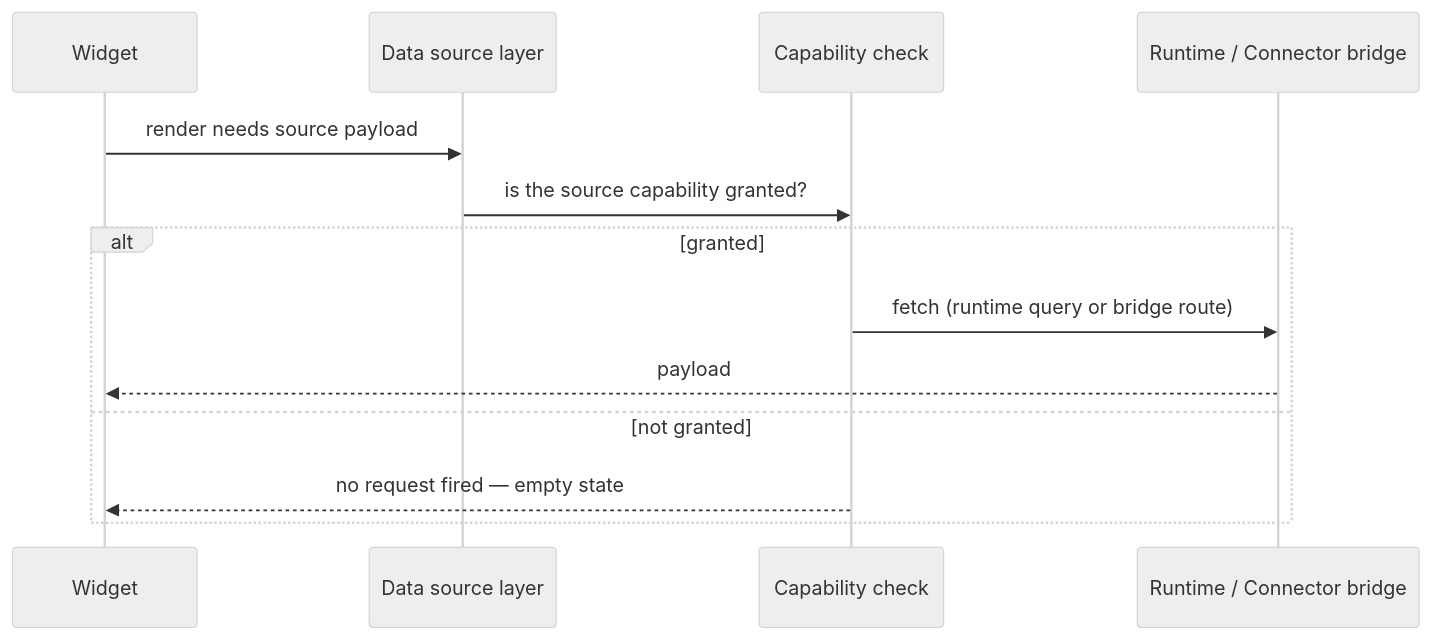
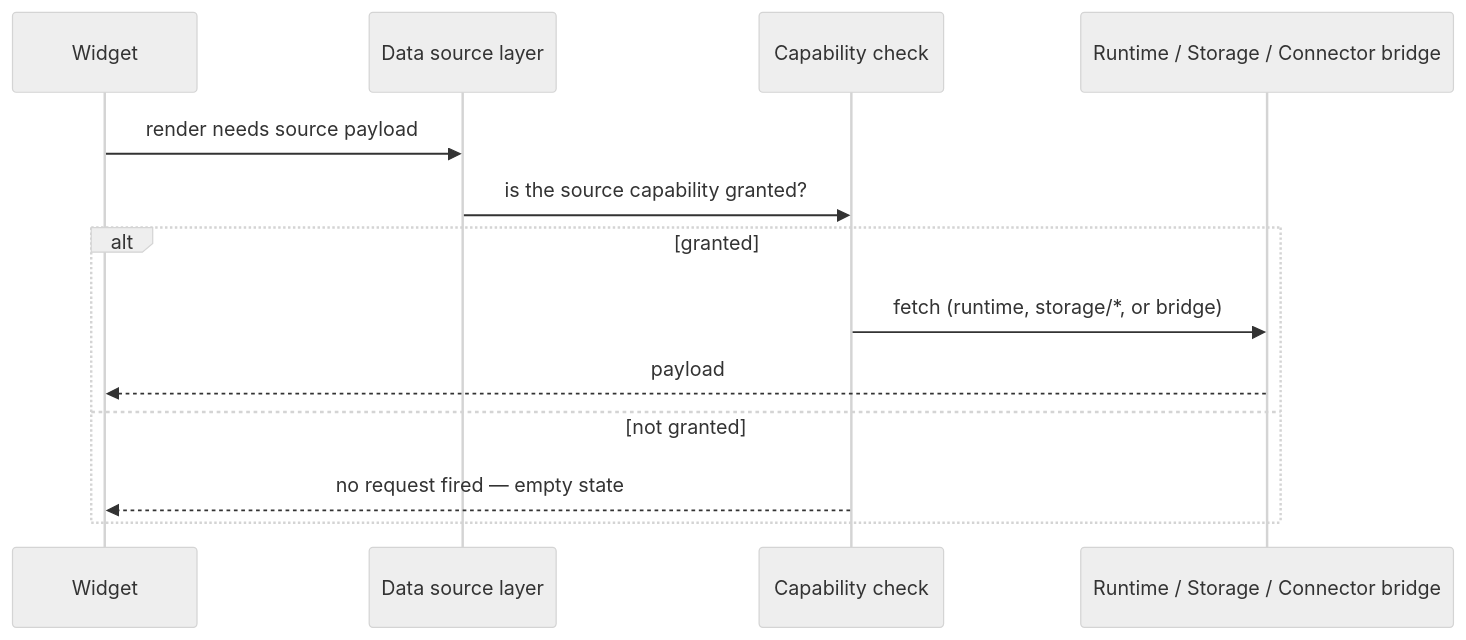
One commit to qefro-ai/qefro-documentation changed the second of 2 diagrams in docs/solutions/capabilities.md. Above: the diagram before and after it, drawn with Mermaid (neutral theme). The commit also changed other lines of this file and 10 other files, not shown here.

````diff
--- a/docs/solutions/capabilities.md
+++ b/docs/solutions/capabilities.md
@@ -92,15 +102,15 @@
 ```mermaid
 sequenceDiagram
     participant W as Widget
     participant DS as Data source layer
     participant CAP as Capability check
-    participant RT as Runtime / Connector bridge
+    participant RT as Runtime / Storage / Connector bridge
     W->>DS: render needs source payload
     DS->>CAP: is the source capability granted?
     alt granted
-        CAP->>RT: fetch (runtime query or bridge route)
+        CAP->>RT: fetch (runtime, storage/*, or bridge)
         RT-->>W: payload
     else not granted
         CAP-->>W: no request fired — empty state
     end
 ```
````
